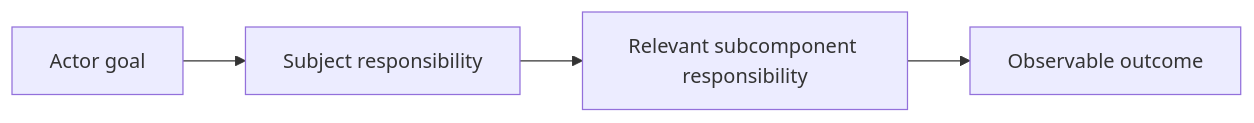
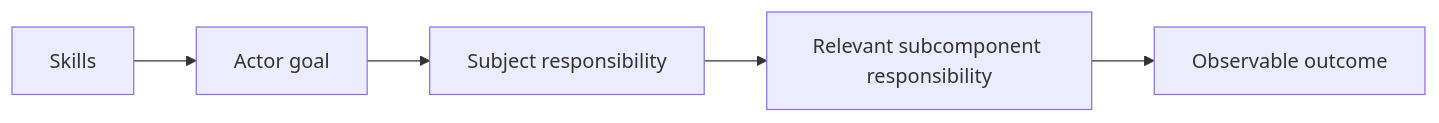
One commit to abstract-business-systems/as-is changed the diagram in skills/designing-mermaid-diagrams/as-is.md. Above: the diagram before and after it, drawn with Mermaid. The commit also changed other lines of this file and 16 other files, not shown here.

Commit message:
docs(skills): add parent navigation to component records

````diff
--- a/skills/designing-mermaid-diagrams/as-is.md
+++ b/skills/designing-mermaid-diagrams/as-is.md
@@ -14,6 +16,8 @@
 ```mermaid
 flowchart LR
-    ACTOR[Actor goal] --> SUBJECT[Subject responsibility]
+    Parent[Skills] --> ACTOR[Actor goal] --> SUBJECT[Subject responsibility]
     SUBJECT --> CHILD[Relevant subcomponent responsibility]
     CHILD --> OUTCOME[Observable outcome]
+
+    click Parent href "../as-is.md#design" "Open Skills design"
 ```
````
